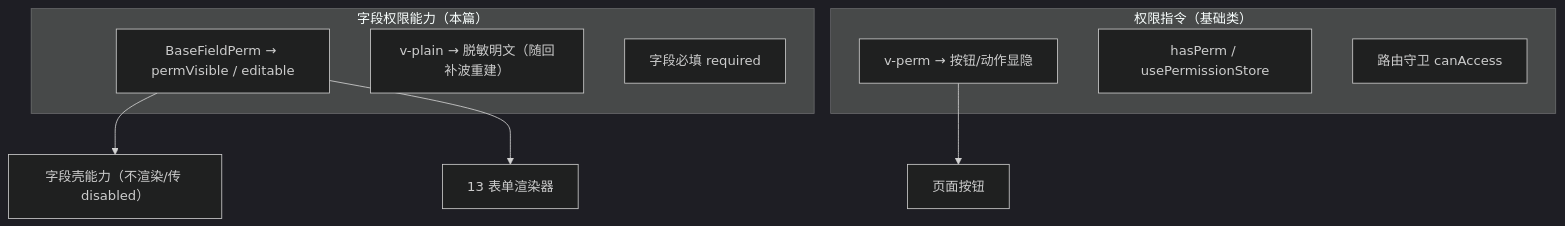
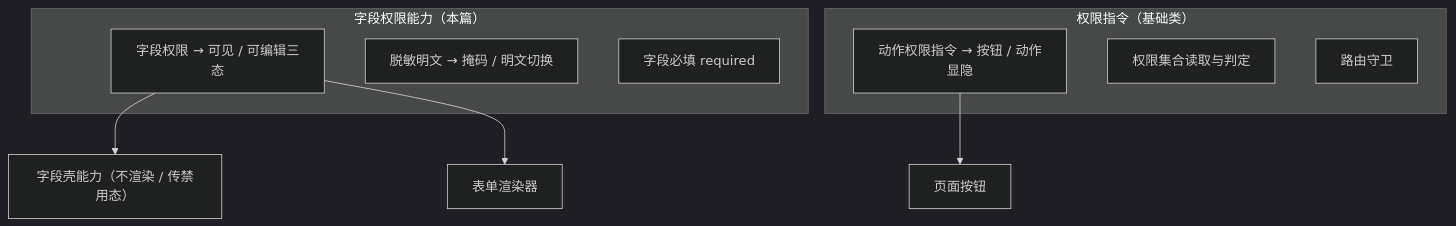
One commit to minjian123/basic-management-system changed the diagram in bms文档/设计/组件设计/02_基础组件类/02_能力类/11_组件设计_字段权限能力/11_组件设计_字段权限能力.md. Above: the diagram before and after it, drawn with Mermaid (dark theme). The commit also changed other lines of this file and 238 other files, not shown here.

````diff
--- a/bms文档/设计/组件设计/02_基础组件类/02_能力类/11_组件设计_字段权限能力/11_组件设计_字段权限能力.md
+++ b/bms文档/设计/组件设计/02_基础组件类/02_能力类/11_组件设计_字段权限能力/11_组件设计_字段权限能力.md
@@ -17,16 +18,16 @@
 ```mermaid
 flowchart TD
     subgraph 字段权限["字段权限能力（本篇）"]
-        F1["BaseFieldPerm → permVisible / editable"]
-        F2["v-plain → 脱敏明文（随回补波重建）"]
+        F1["字段权限 → 可见 / 可编辑三态"]
+        F2["脱敏明文 → 掩码 / 明文切换"]
         F3["字段必填 required"]
     end
     subgraph 动作权限["权限指令（基础类）"]
-        A1["v-perm → 按钮/动作显隐"]
-        A2["hasPerm / usePermissionStore"]
-        A3["路由守卫 canAccess"]
+        A1["动作权限指令 → 按钮 / 动作显隐"]
+        A2["权限集合读取与判定"]
+        A3["路由守卫"]
     end
-    F1 --> W["字段壳能力（不渲染/传 disabled）"]
-    F1 --> R["13 表单渲染器"]
+    F1 --> W["字段壳能力（不渲染 / 传禁用态）"]
+    F1 --> R["表单渲染器"]
     A1 --> P["页面按钮"]
 ```
````
